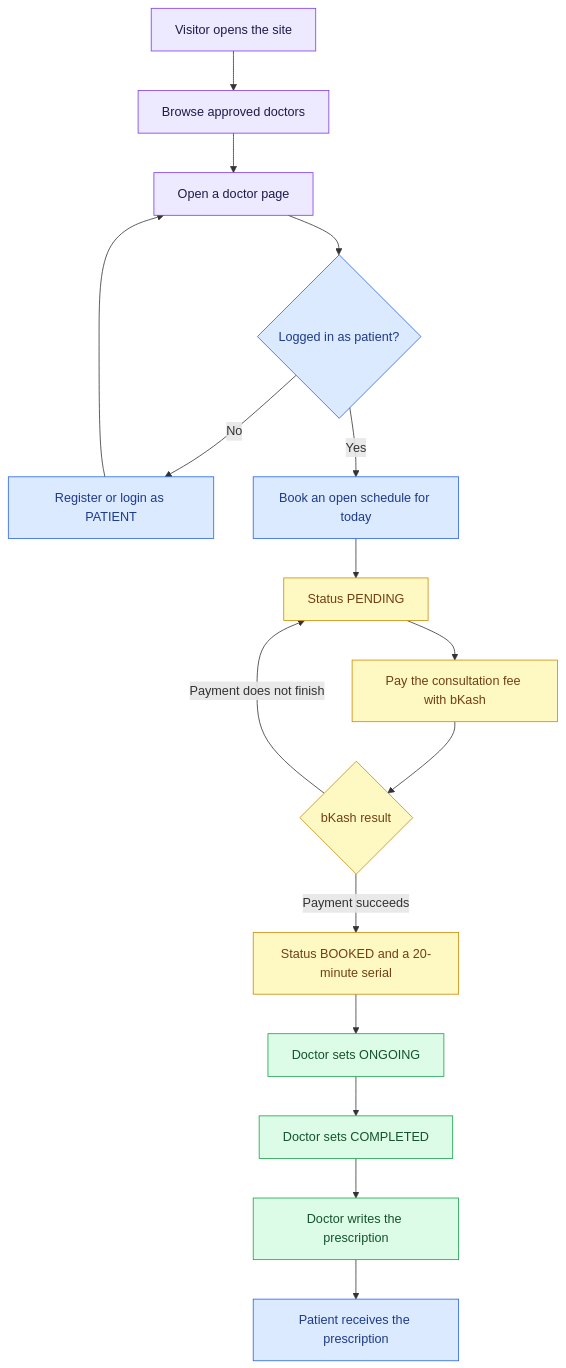
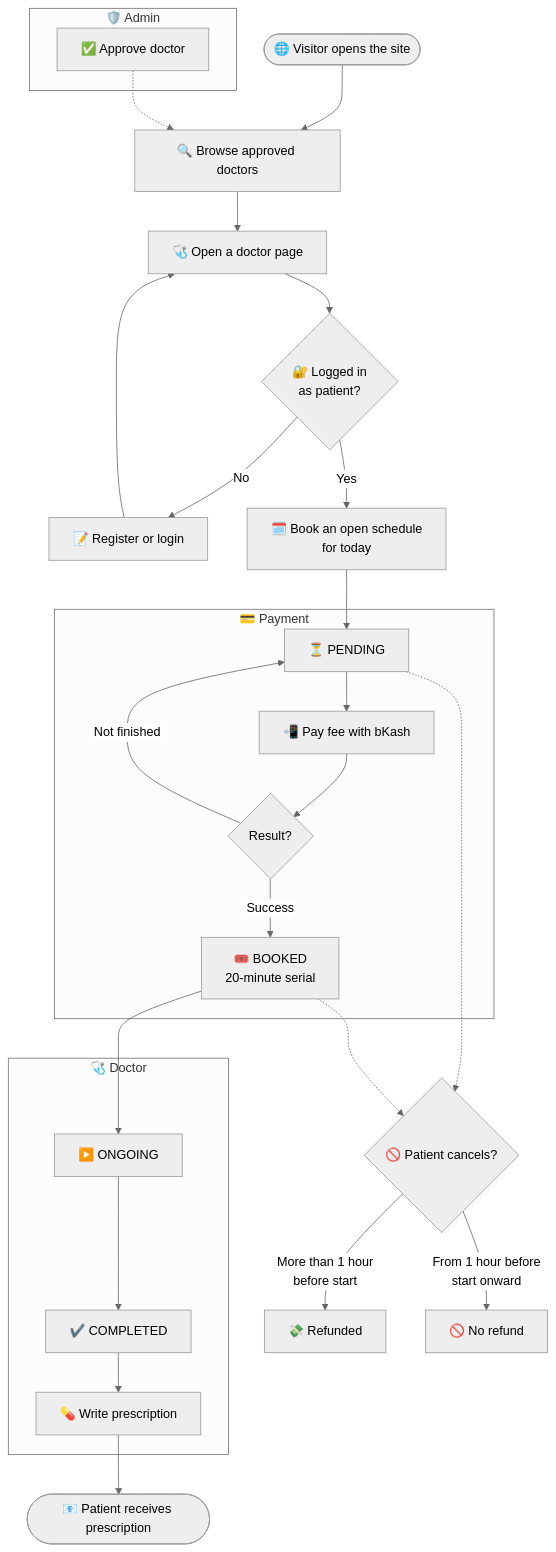
Before and after one commit to kaziashik/PH-Healthcare-Backend: the first of 5 diagrams in README.md, drawn with Mermaid. The commit also changed other lines of this file, not shown here.

````diff
--- a/README.md
+++ b/README.md
@@ -43,27 +55,36 @@
 ```mermaid
+%%{init: {'theme':'neutral'}}%%
 flowchart TD
-    A["Visitor opens the site"] --> B["Browse approved doctors"]
-    B --> C["Open a doctor page"]
-    C --> D{"Logged in as patient?"}
-    D -- No --> E["Register or login as PATIENT"]
+    START(["🌐 Visitor opens the site"]) --> B["🔍 Browse approved doctors"]
+
+    subgraph ADM["🛡️ Admin"]
+        AP["✅ Approve doctor"]
+    end
+    AP -.-> B
+
+    B --> C["🩺 Open a doctor page"]
+    C --> D{"🔐 Logged in<br/>as patient?"}
+    D -->|"No"| E["📝 Register or login"]
     E --> C
-    D -- Yes --> F["Book an open schedule for today"]
-    F --> G["Status PENDING"]
-    G --> H["Pay the consultation fee with bKash"]
-    H --> I{"bKash result"}
-    I -- Payment succeeds --> J["Status BOOKED and a 20-minute serial"]
-    I -- Payment does not finish --> G
-    J --> K["Doctor sets ONGOING"]
-    K --> L["Doctor sets COMPLETED"]
-    L --> M["Doctor writes the prescription"]
-    M --> N["Patient receives the prescription"]
+    D -->|"Yes"| F["🗓️ Book an open schedule<br/>for today"]
 
-    classDef visitor fill:#ede9fe,stroke:#7c3aed,color:#1e1b4b
-    classDef patient fill:#dbeafe,stroke:#2563eb,color:#1e3a8a
-    classDef doctor fill:#dcfce7,stroke:#16a34a,color:#14532d
-    classDef pay fill:#fef9c3,stroke:#ca8a04,color:#713f12
-    class A,B,C visitor
-    class D,E,F,N patient
-    class K,L,M doctor
-    class G,H,I,J pay
+    subgraph PAY["💳 Payment"]
+        G["⏳ PENDING"] --> H["📲 Pay fee with bKash"]
+        H --> I{"Result?"}
+        I -->|"Not finished"| G
+        I -->|"Success"| J["🎟️ BOOKED<br/>20-minute serial"]
+    end
+    F --> G
+
+    subgraph DOC["🩺 Doctor"]
+        K["▶️ ONGOING"] --> L["✔️ COMPLETED"] --> M["💊 Write prescription"]
+    end
+    J --> K
+    M --> N(["📧 Patient receives prescription"])
+
+    CAN{"🚫 Patient cancels?"}
+    G -.-> CAN
+    J -.-> CAN
+    CAN -->|"More than 1 hour<br/>before start"| R1["💸 Refunded"]
+    CAN -->|"From 1 hour before<br/>start onward"| R2["🚫 No refund"]
 ```
````
